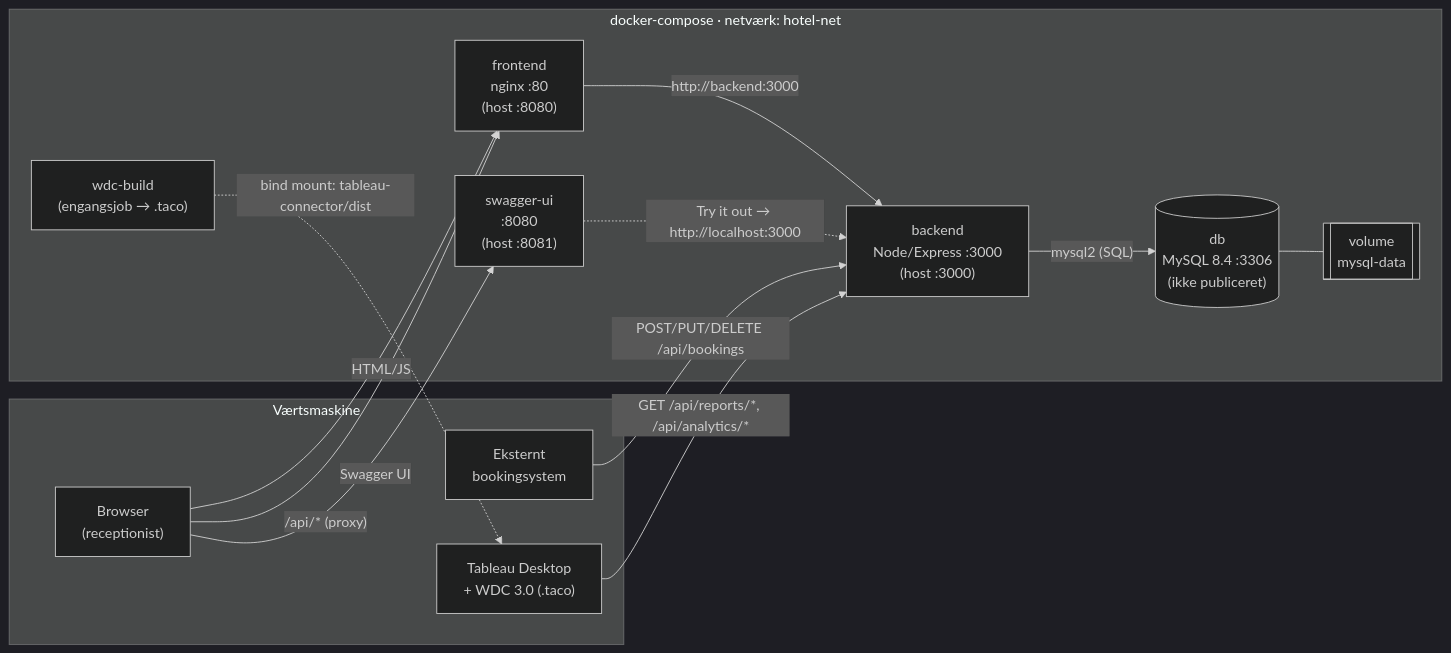
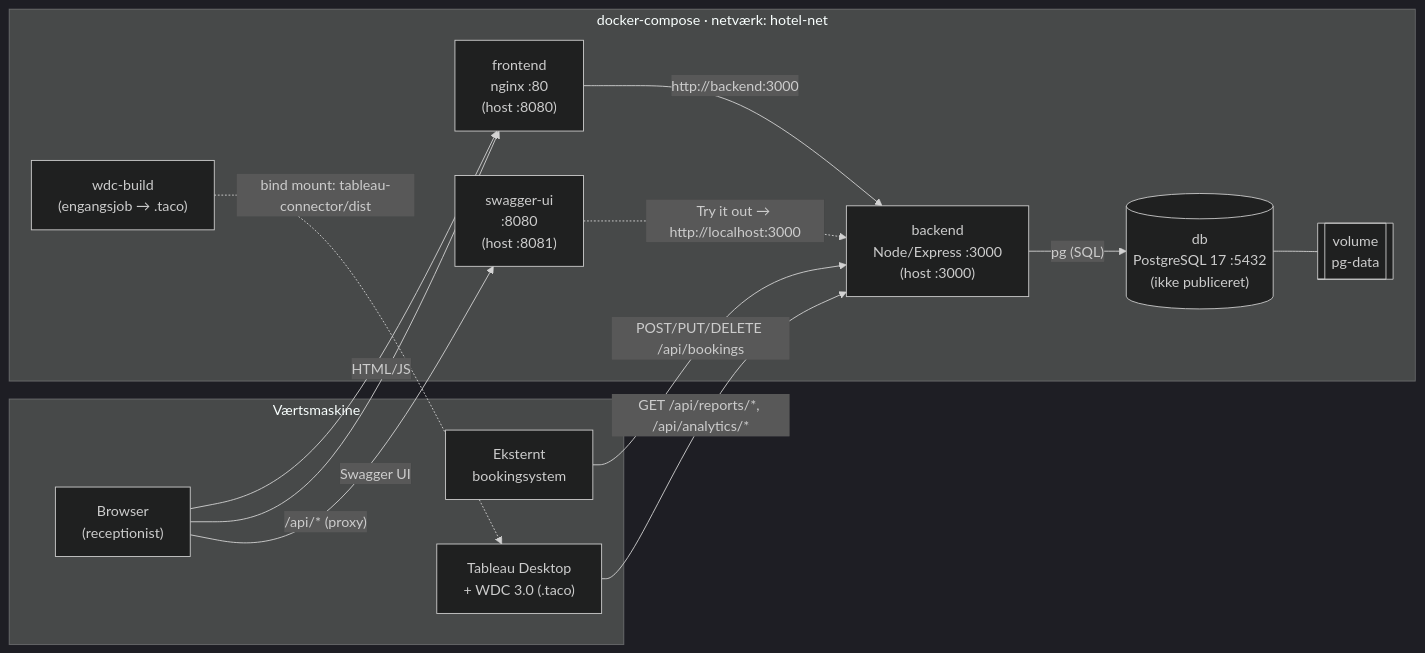
One commit to SebastianHoilund/Projekt-HotelKongArthur changed the first of 2 diagrams in specs/001-hotel-analytics-platform/plan.md. Above: the diagram before and after it, drawn with Mermaid (dark theme). The commit also changed other lines of this file and 8 other files, not shown here.

````diff
--- a/specs/001-hotel-analytics-platform/plan.md
+++ b/specs/001-hotel-analytics-platform/plan.md
@@ -77,28 +81,28 @@
 ```mermaid
 flowchart LR
     subgraph Host["Værtsmaskine"]
         Browser["Browser<br/>(receptionist)"]
         Tableau["Tableau Desktop<br/>+ WDC 3.0 (.taco)"]
         Ext["Eksternt<br/>bookingsystem"]
     end
 
     subgraph Compose["docker-compose · netværk: hotel-net"]
         FE["frontend<br/>nginx :80<br/>(host :8080)"]
         SW["swagger-ui<br/>:8080<br/>(host :8081)"]
         BE["backend<br/>Node/Express :3000<br/>(host :3000)"]
-        DB[("db<br/>MySQL 8.4 :3306<br/>(ikke publiceret)")]
+        DB[("db<br/>PostgreSQL 17 :5432<br/>(ikke publiceret)")]
         WDC["wdc-build<br/>(engangsjob → .taco)"]
-        VOL[["volume<br/>mysql-data"]]
+        VOL[["volume<br/>pg-data"]]
     end
 
     Browser -- "HTML/JS" --> FE
     Browser -- "/api/* (proxy)" --> FE
     FE -- "http://backend:3000" --> BE
     Browser -- "Swagger UI" --> SW
     SW -. "Try it out → http://localhost:3000" .-> BE
     Ext -- "POST/PUT/DELETE /api/bookings" --> BE
     Tableau -- "GET /api/reports/*, /api/analytics/*" --> BE
-    BE -- "mysql2 (SQL)" --> DB
+    BE -- "pg (SQL)" --> DB
     DB --- VOL
     WDC -. "bind mount: tableau-connector/dist" .-> Tableau
 ```
````
